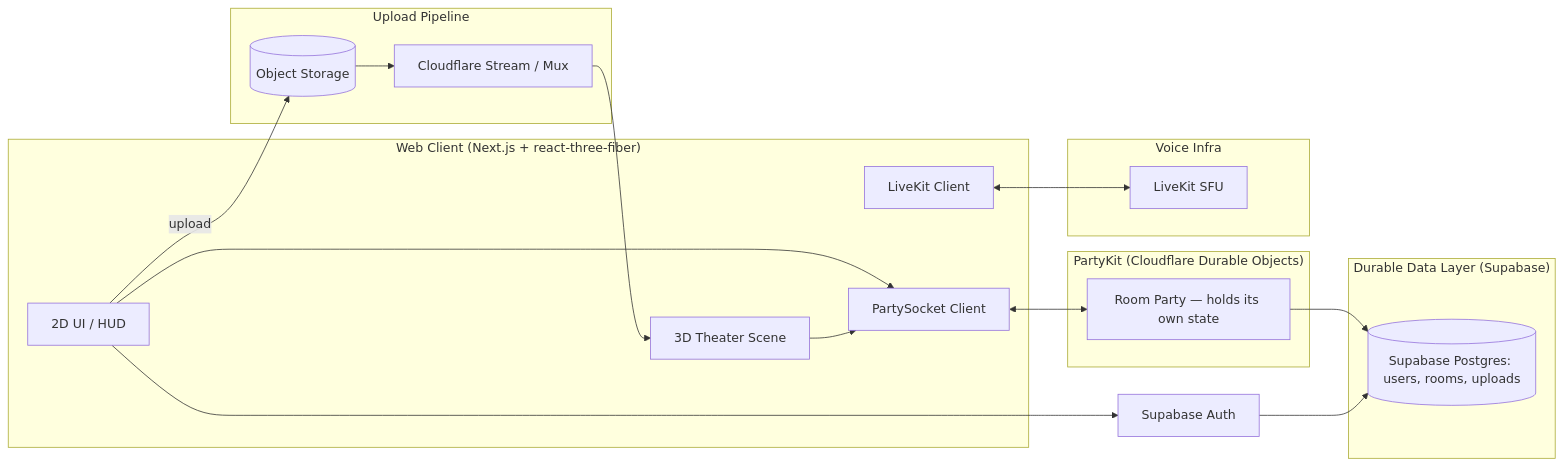
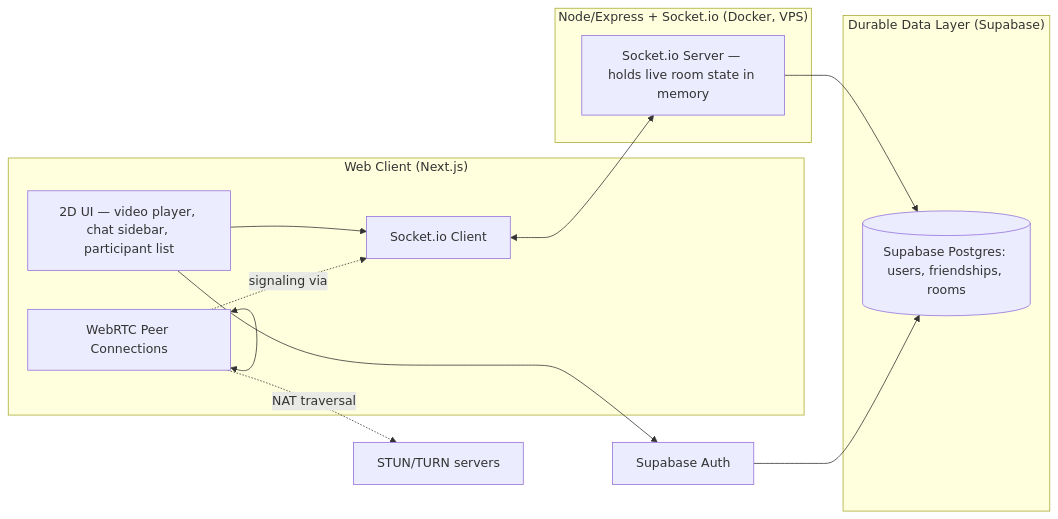
The first of 4 diagrams in .cursor/rules/watchly-system-design.md (muhammedbarghou/watchly-party), drawn with Mermaid before and after one commit. The commit also changed other lines of this file and 66 other files, not shown here.

````diff
--- a/.cursor/rules/watchly-system-design.md
+++ b/.cursor/rules/watchly-system-design.md
@@ -18,39 +21,28 @@
 ```mermaid
 flowchart LR
-  subgraph Client["Web Client (Next.js + react-three-fiber)"]
-    UI[2D UI / HUD]
-    Scene[3D Theater Scene]
-    PSClient[PartySocket Client]
-    RTC[LiveKit Client]
+  subgraph Client["Web Client (Next.js)"]
+    UI[2D UI — video player, chat sidebar, participant list]
+    SIOClient[Socket.io Client]
+    RTC[WebRTC Peer Connections]
   end
 
-  subgraph Realtime["PartyKit (Cloudflare Durable Objects)"]
-    Party[Room Party — holds its own state]
-  end
-
-  subgraph Voice["Voice Infra"]
-    SFU[LiveKit SFU]
+  subgraph Backend["Node/Express + Socket.io (Docker, VPS)"]
+    Server[Socket.io Server — holds live room state in memory]
   end
 
   subgraph Data["Durable Data Layer (Supabase)"]
-    PG[(Supabase Postgres: users, rooms, uploads)]
-  end
-
-  subgraph Media["Upload Pipeline"]
-    Storage[(Object Storage)]
-    Transcode[Cloudflare Stream / Mux]
+    PG[(Supabase Postgres: users, friendships, rooms)]
   end
 
   Auth[Supabase Auth]
+  STUN[STUN/TURN servers]
 
-  UI --> PSClient
-  Scene --> PSClient
-  PSClient <--> Party
-  Party --> PG
-  RTC <--> SFU
+  UI --> SIOClient
+  SIOClient <--> Server
+  Server --> PG
+  RTC <--> RTC
+  RTC -.signaling via.-> SIOClient
+  RTC -.NAT traversal.-> STUN
   UI --> Auth
   Auth --> PG
-  UI -- upload --> Storage
-  Storage --> Transcode
-  Transcode --> Scene
 ```
````
